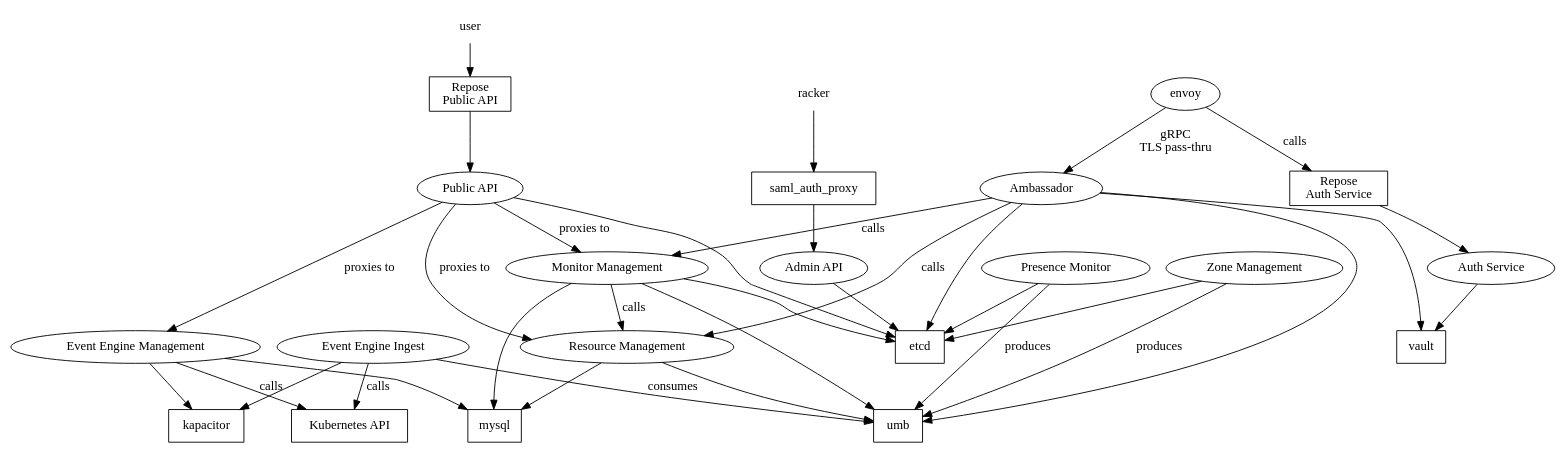
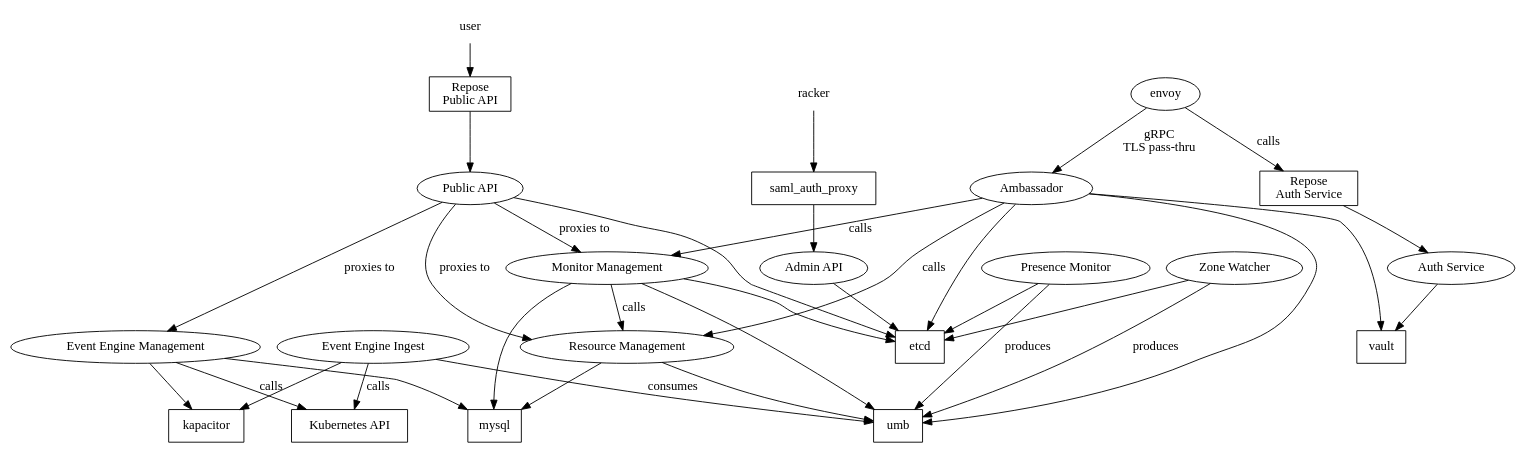
The diagram in docs/salus-dependencies.dot (racker/salus-telemetry-bundle), drawn with Graphviz before and after one commit.

Commit message:
Rename to Zone Watcher in salus-dependencies.dot

```diff
--- a/docs/salus-dependencies.dot
+++ b/docs/salus-dependencies.dot
@@ -1,72 +1,72 @@
 digraph G {
  user [shape="none"]
  racker [shape="none"]
  envoy
 
  // box shape == 3rd party software
  mysql [shape="box"]
  repose_auth [shape="box", label="Repose\nAuth Service"]
  repose_public_api [shape="box", label="Repose\nPublic API"]
  kapacitor [shape="box"]
  kube_api [shape="box", label="Kubernetes API"]
  vault [shape="box"]
  etcd [shape="box"]
  umb [shape="box"]
  saml_auth_proxy [shape="box"]
 
  // Salus modules
  public_api [label="Public API"]
  admin_api [label="Admin API"]
  pm [label="Presence Monitor"]
  auth [label="Auth Service"]
  ambassador [label="Ambassador"]
  evm [label="Event Engine Management"]
  evi [label="Event Engine Ingest"]
  rm [label="Resource Management"]
  mm [label="Monitor Management"]
- zm [label="Zone Management"]
+ zw [label="Zone Watcher"]
 
  evm -> kapacitor
  evm -> mysql
  evm -> kube_api [label="calls"]
 
  evi -> kapacitor
  evi -> umb [label="consumes"]
  evi -> kube_api [label="calls"]
 
  rm -> umb
  rm -> mysql
 
  mm -> umb
  mm -> rm [label="calls"]
  mm -> mysql
  mm -> etcd
 
  pm -> umb [label="produces"]
  pm -> etcd
 
- zm -> etcd
- zm -> umb [label="produces"]
+ zw -> etcd
+ zw -> umb [label="produces"]
 
  envoy -> ambassador [label="gRPC\nTLS pass-thru"]
  ambassador -> umb
  ambassador -> etcd
  ambassador -> vault
  ambassador -> mm [label="calls"]
  ambassador -> rm [label="calls"]
 
  envoy -> repose_auth [label="calls"]
  repose_auth -> auth
  auth -> vault
 
  user -> repose_public_api
  repose_public_api -> public_api
  public_api -> etcd
  public_api -> rm [label="proxies to"]
  public_api -> mm [label="proxies to"]
  public_api -> evm [label="proxies to"]
 
  racker -> saml_auth_proxy
  saml_auth_proxy -> admin_api
  admin_api -> etcd
 }
```
